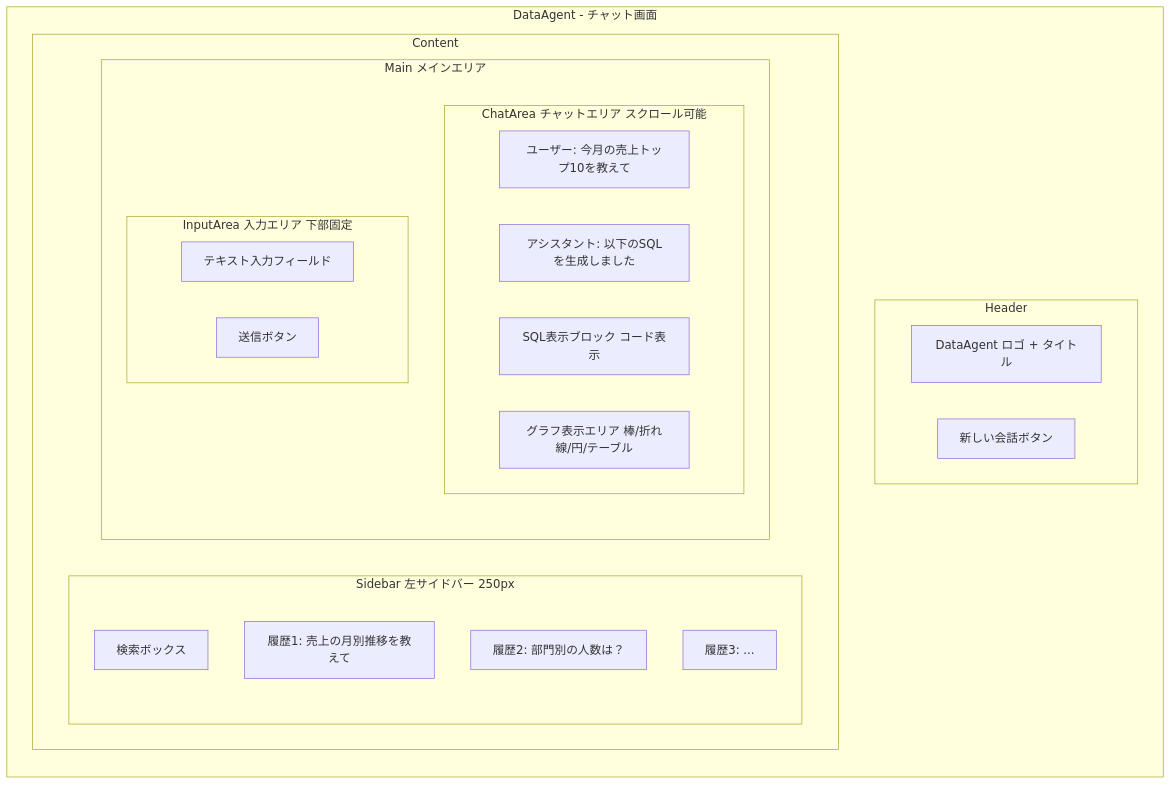
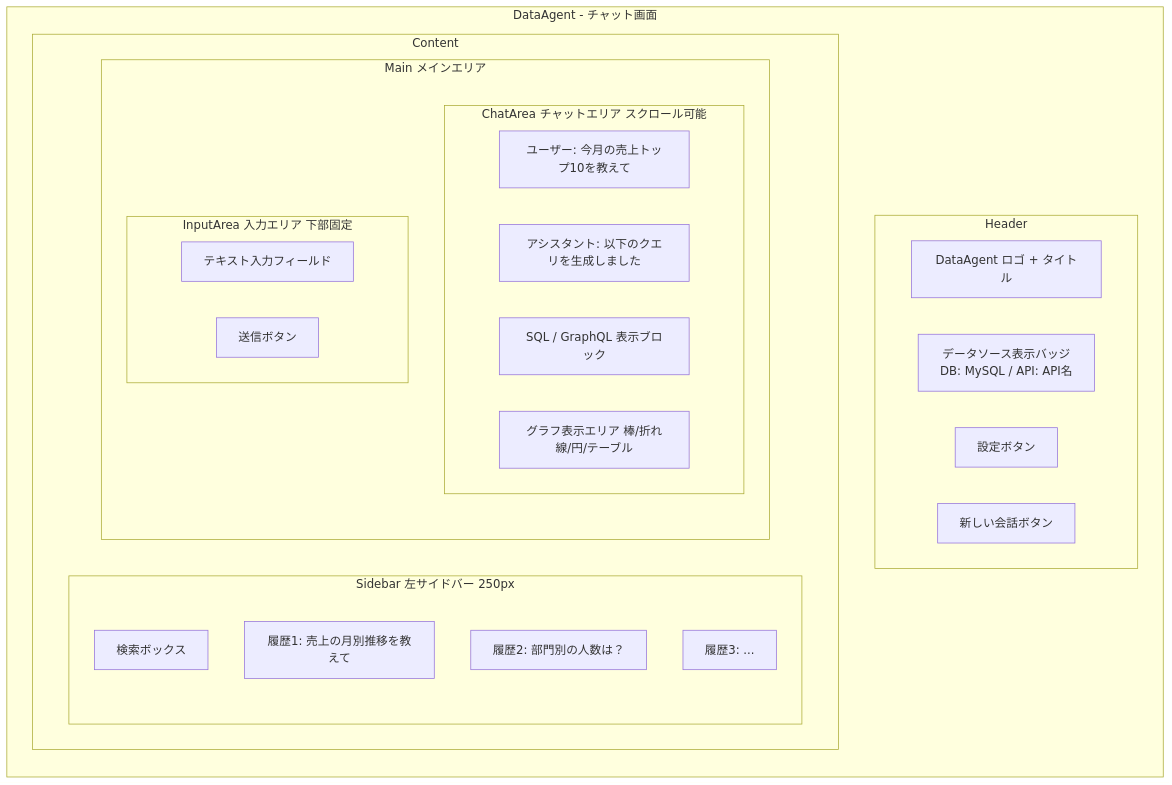
Before and after one commit to okegawaatclink/gaido-dataagent: the second of 3 diagrams in ai_generated/requirements/screens.md, drawn with Mermaid. The commit also changed other lines of this file and 7 other files, not shown here.

First line of the commit message:
docs(requirements): add API mode requirements for OpenAPI→GraphQL integration

````diff
--- a/ai_generated/requirements/screens.md
+++ b/ai_generated/requirements/screens.md
@@ -24,39 +26,41 @@
 ```mermaid
 flowchart TB
     subgraph "DataAgent - チャット画面"
         direction TB
 
         subgraph "Header"
             Logo["DataAgent ロゴ + タイトル"]
+            DataSourceBadge["データソース表示バッジ<br>DB: MySQL / API: API名"]
+            SettingsBtn["設定ボタン"]
             NewChat["新しい会話ボタン"]
         end
 
         subgraph "Content"
             direction LR
 
             subgraph "Sidebar 左サイドバー 250px"
                 direction TB
                 SearchBox["検索ボックス"]
                 History1["履歴1: 売上の月別推移を教えて"]
                 History2["履歴2: 部門別の人数は？"]
                 History3["履歴3: ..."]
             end
 
             subgraph "Main メインエリア"
                 direction TB
 
                 subgraph "ChatArea チャットエリア スクロール可能"
                     UserMsg["ユーザー: 今月の売上トップ10を教えて"]
-                    AssistantMsg["アシスタント: 以下のSQLを生成しました"]
-                    SQLBlock["SQL表示ブロック コード表示"]
+                    AssistantMsg["アシスタント: 以下のクエリを生成しました"]
+                    QueryBlock["SQL / GraphQL 表示ブロック"]
                     ChartArea["グラフ表示エリア 棒/折れ線/円/テーブル"]
                 end
 
                 subgraph "InputArea 入力エリア 下部固定"
                     TextInput["テキスト入力フィールド"]
                     SendBtn["送信ボタン"]
                 end
             end
         end
     end
 ```
````
